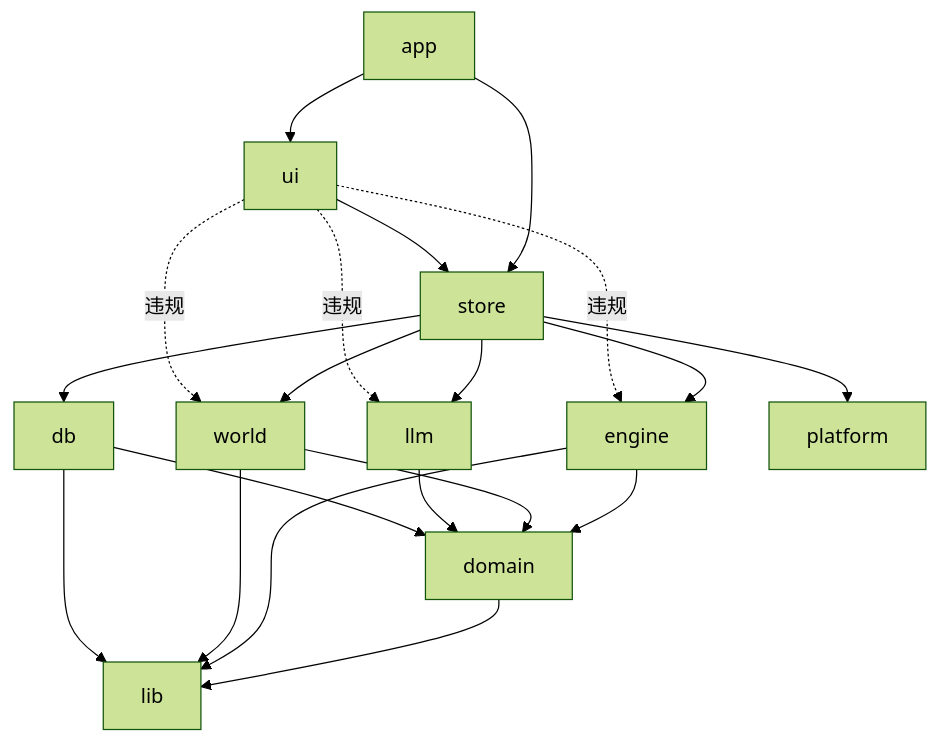
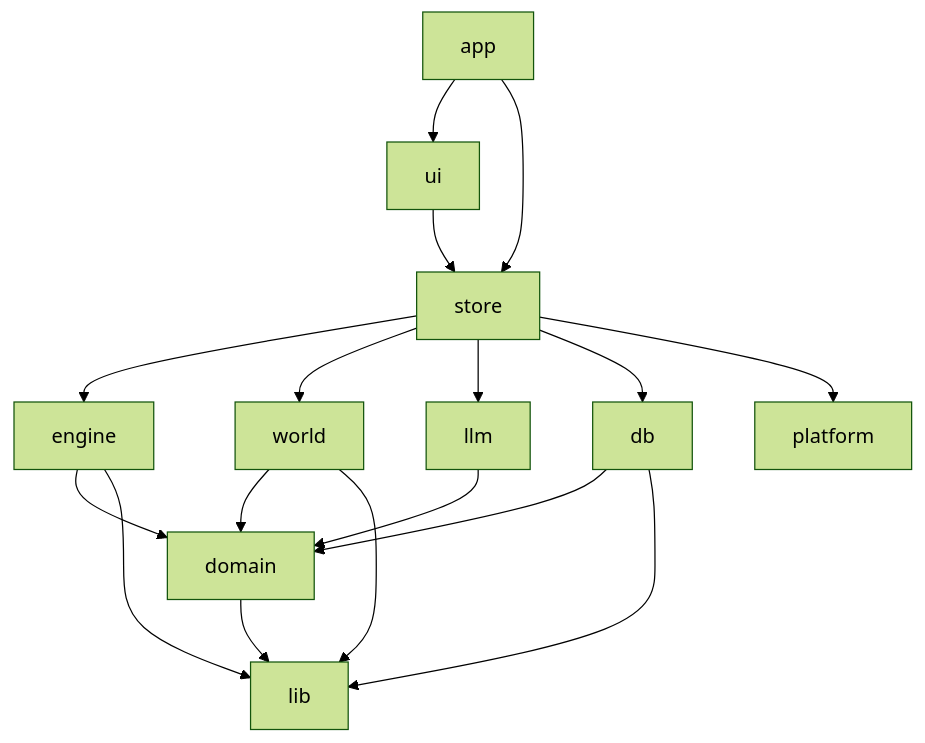
Before and after one commit to Roulandu/rpg_life_game: the second of 4 diagrams in docs/architecture/overview.md, drawn with Mermaid (forest theme). The commit also changed other lines of this file and 40 other files, not shown here.

````diff
--- a/docs/architecture/overview.md
+++ b/docs/architecture/overview.md
@@ -102,22 +102,20 @@
 ```mermaid
 flowchart TD
   APP[app] --> UI[ui]
   APP --> STORE[store]
   UI --> STORE
   STORE --> ENGINE[engine]
   STORE --> WORLD[world]
   STORE --> LLM[llm]
   STORE --> DB[db]
   STORE --> PLATFORM[platform]
   ENGINE --> DOMAIN[domain]
   WORLD --> DOMAIN
   LLM --> DOMAIN
   DB --> DOMAIN
   DOMAIN --> LIB[lib]
   ENGINE --> LIB
   WORLD --> LIB
   DB --> LIB
-  UI -.违规.-> ENGINE
-  UI -.违规.-> WORLD
-  UI -.违规.-> LLM
+
 ```
````
